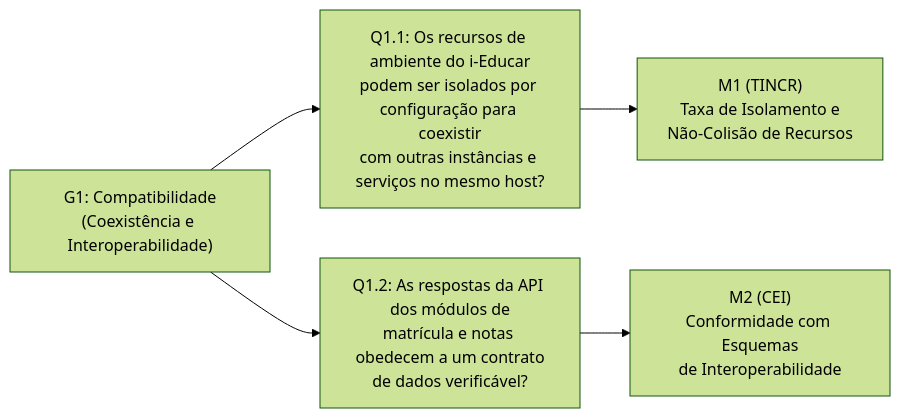
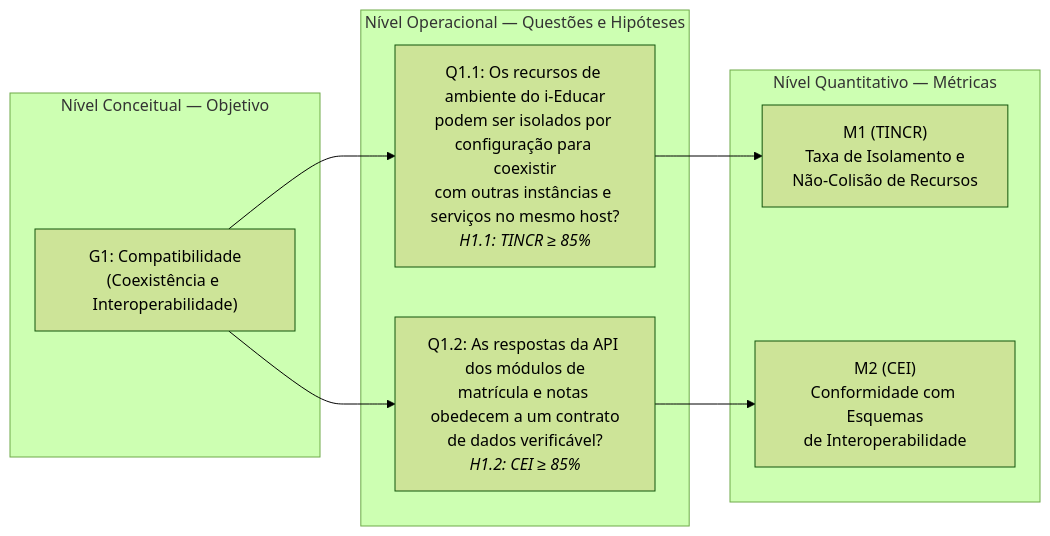
Before and after one commit to FCTE-Qualidade-de-Software-1/2026-2_T02_GRACE_HOPPER: the second of 5 diagrams in docs/gqm_evaluation_framework.md, drawn with Mermaid (forest theme). The commit also changed other lines of this file and 1 other file, not shown here.

Commit message:
docs(gqm): adicionar hipoteses e niveis GQM em G1 e G4, incluir M13 no quadro resumo e corrigir justificativa de compatibilidade #05 #08 #17

````diff
--- a/docs/gqm_evaluation_framework.md
+++ b/docs/gqm_evaluation_framework.md
@@ -161,13 +161,19 @@
 ```mermaid
 flowchart LR
-    G1["G1: Compatibilidade<br/>(Coexistência e Interoperabilidade)"]
+    subgraph NC1["Nível Conceitual — Objetivo"]
+        G1["G1: Compatibilidade<br/>(Coexistência e Interoperabilidade)"]
+    end
 
-    Q11["Q1.1: Os recursos de ambiente do i-Educar<br/>podem ser isolados por configuração para coexistir<br/>com outras instâncias e serviços no mesmo host?"]
-    Q12["Q1.2: As respostas da API dos módulos de<br/>matrícula e notas obedecem a um contrato<br/>de dados verificável?"]
+    subgraph NO1["Nível Operacional — Questões e Hipóteses"]
+        Q11["Q1.1: Os recursos de ambiente do i-Educar<br/>podem ser isolados por configuração para coexistir<br/>com outras instâncias e serviços no mesmo host?<br/><i>H1.1: TINCR ≥ 85%</i>"]
+        Q12["Q1.2: As respostas da API dos módulos de<br/>matrícula e notas obedecem a um contrato<br/>de dados verificável?<br/><i>H1.2: CEI ≥ 85%</i>"]
+    end
 
-    M1["M1 (TINCR)<br/>Taxa de Isolamento e<br/>Não-Colisão de Recursos"]
-    M2["M2 (CEI)<br/>Conformidade com Esquemas<br/>de Interoperabilidade"]
+    subgraph NQ1["Nível Quantitativo — Métricas"]
+        M1["M1 (TINCR)<br/>Taxa de Isolamento e<br/>Não-Colisão de Recursos"]
+        M2["M2 (CEI)<br/>Conformidade com Esquemas<br/>de Interoperabilidade"]
+    end
 
     G1 --> Q11 --> M1
     G1 --> Q12 --> M2
 ```
````
